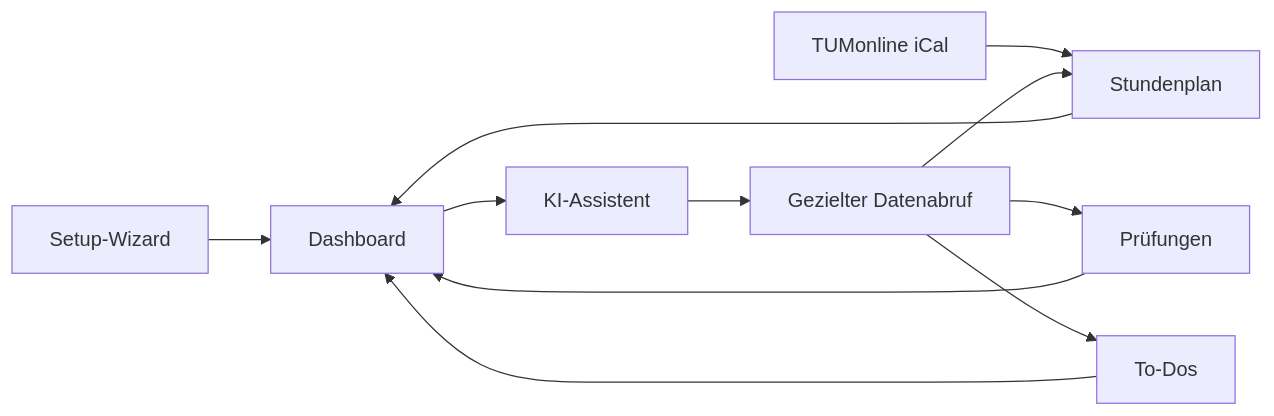
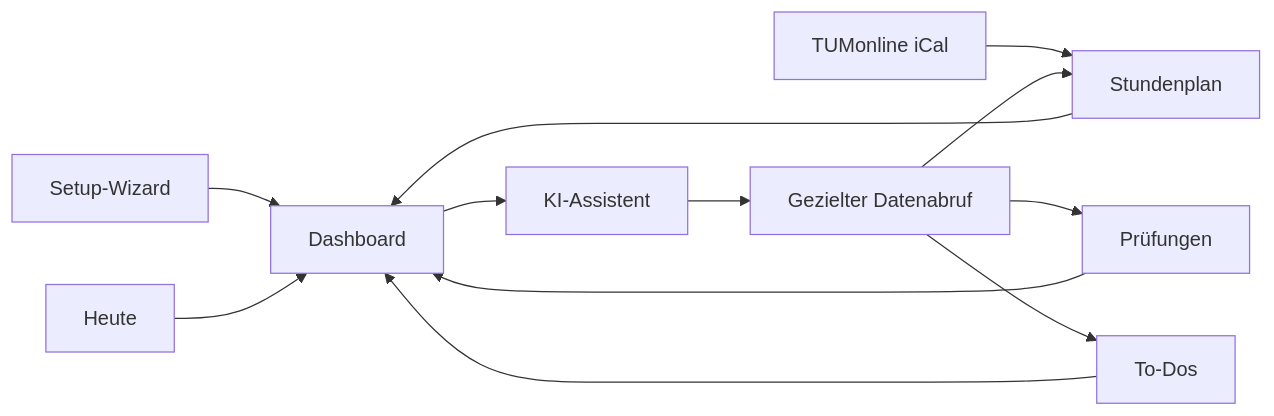
The diagram in README.md (maxseidlitz/TUM-Study-Portal), drawn with Mermaid before and after one commit. The commit also changed other lines of this file and 28 other files, not shown here.

````diff
--- a/README.md
+++ b/README.md
@@ -113,13 +144,14 @@
 ```mermaid
 flowchart LR
   SetupWizard[Setup-Wizard] --> Dashboard[Dashboard]
   TUMonline[TUMonline iCal] --> Schedule[Stundenplan]
   Schedule --> Dashboard
   Exams[Prüfungen] --> Dashboard
   Todos[To-Dos] --> Dashboard
+  Today[Heute] --> Dashboard
   Dashboard --> Assistant[KI-Assistent]
   Assistant --> Retrieval[Gezielter Datenabruf]
   Retrieval --> Schedule
   Retrieval --> Exams
   Retrieval --> Todos
 ```
````
